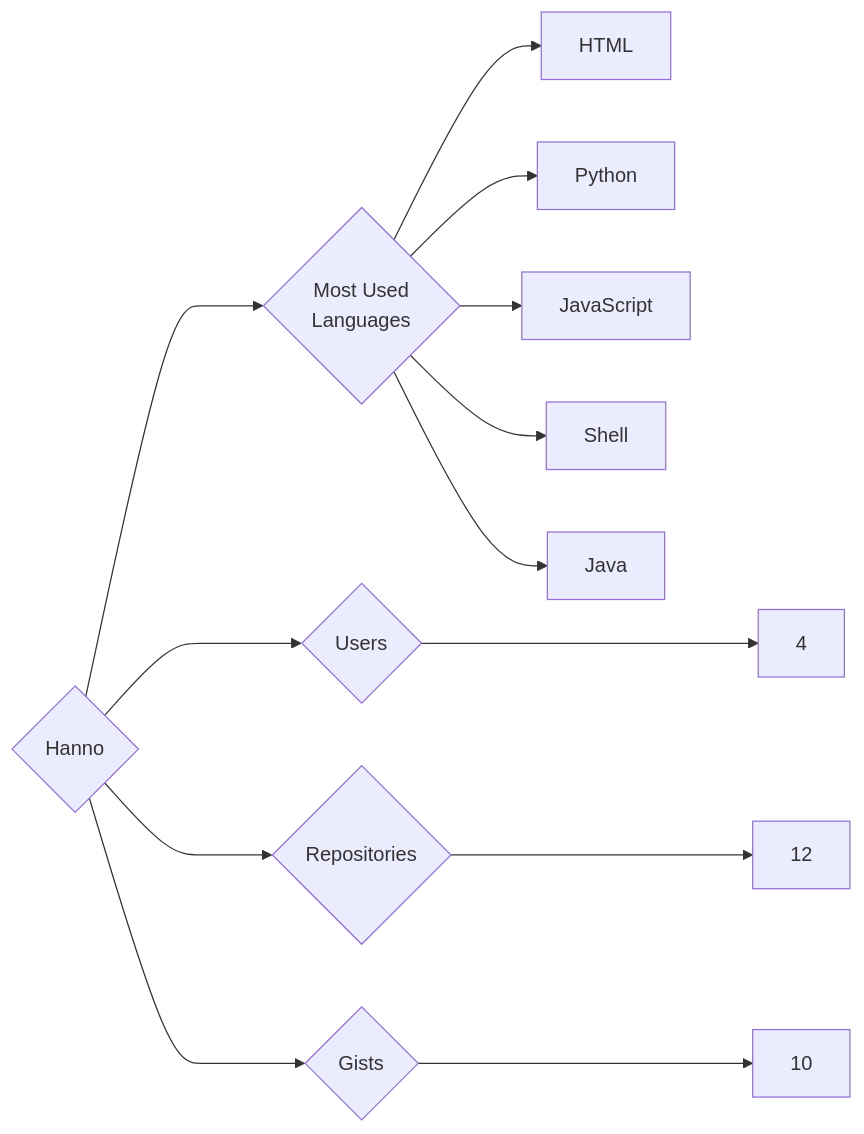
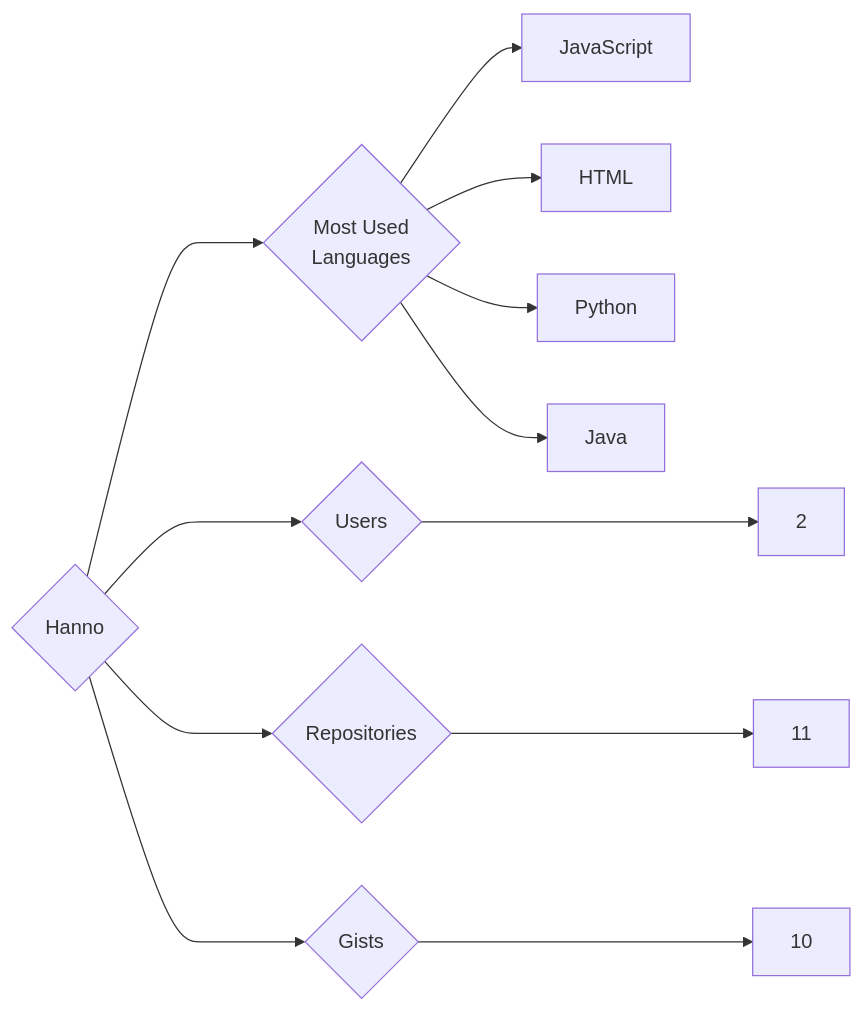
One commit to trickest/insiders changed the diagram in targets/Hanno/README.md. Above: the diagram before and after it, drawn with Mermaid. The commit also changed 1055 other files, not shown here.

````diff
--- a/targets/Hanno/README.md
+++ b/targets/Hanno/README.md
@@ -3,13 +3,12 @@
 ```mermaid
 graph LR
 COMPANY_NAME{Hanno}
-COMPANY_NAME ---> U{Users} ---> UN[4]
-COMPANY_NAME ---> R{Repositories} ---> RN[12]
+COMPANY_NAME ---> U{Users} ---> UN[2]
+COMPANY_NAME ---> R{Repositories} ---> RN[11]
 COMPANY_NAME ---> G{Gists} ---> GN[10]
 COMPANY_NAME ---> ML{Most Used<br>Languages}
+ML --> JavaScript[JavaScript]
 ML --> HTML[HTML]
 ML --> Python[Python]
-ML --> JavaScript[JavaScript]
-ML --> Shell[Shell]
 ML --> Java[Java]
 ```
````
